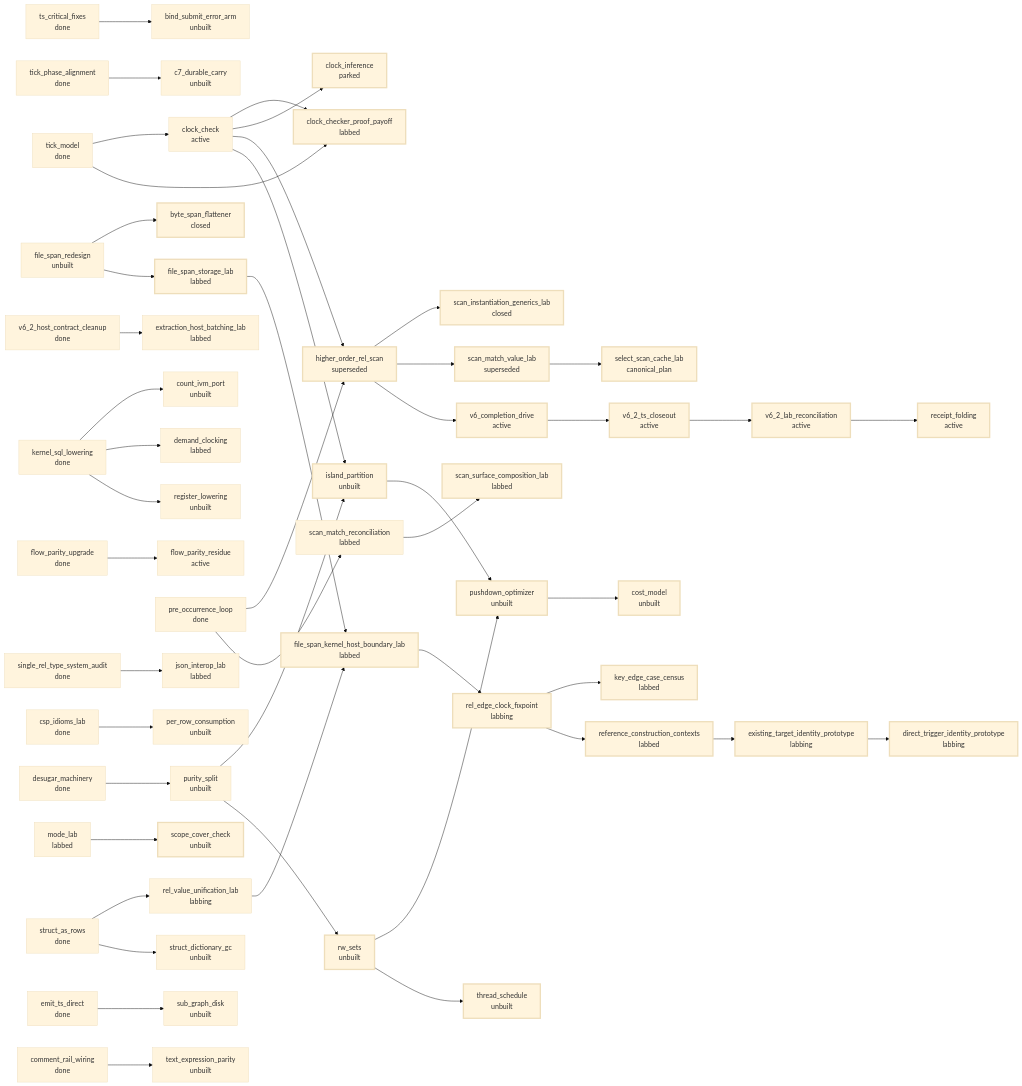
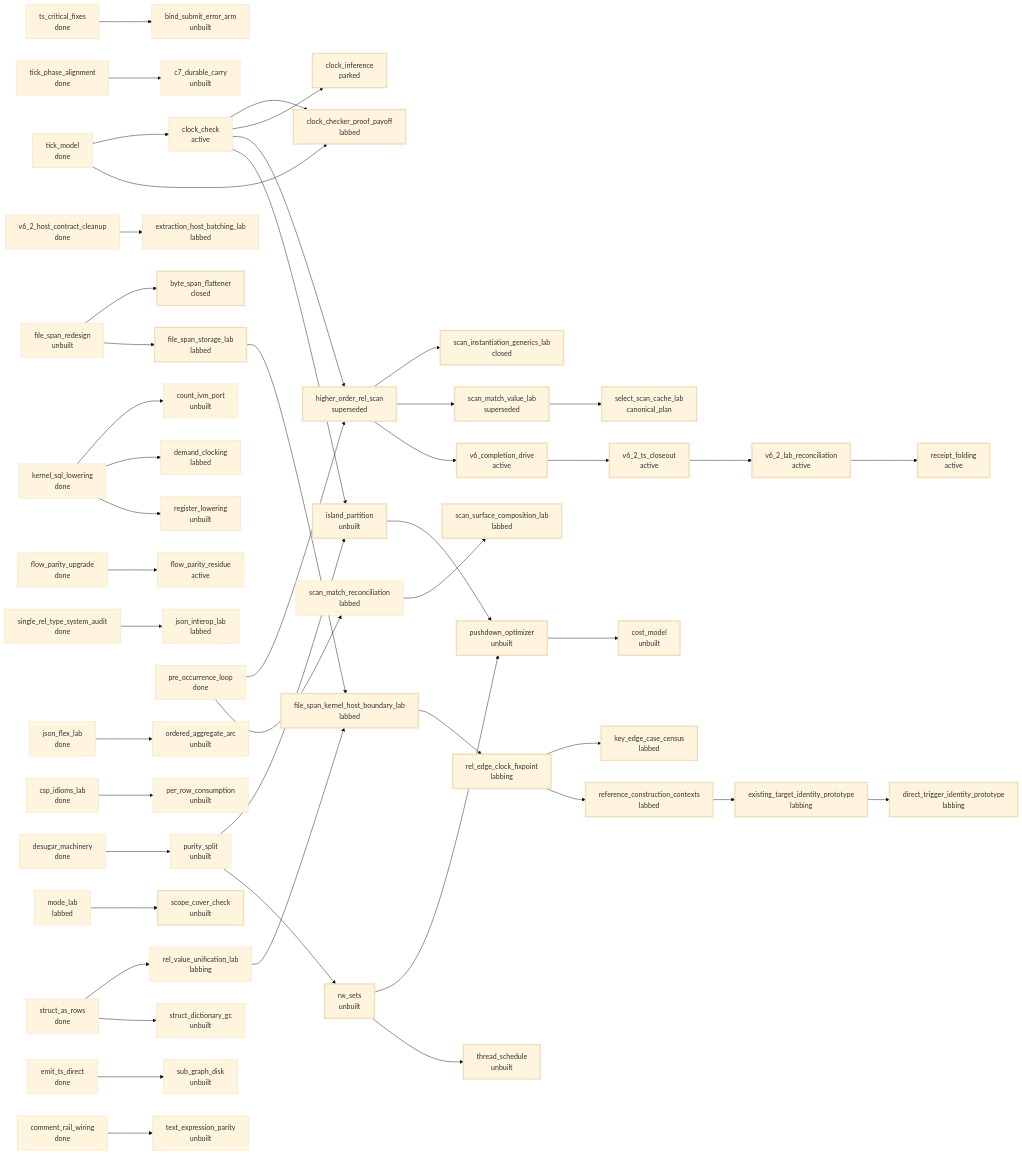
The third of 4 diagrams in v6/ARCH-MAP.md (hafley66/sprefa), drawn with Mermaid (base theme) before and after one commit. The commit also changed other lines of this file and 2 other files, not shown here.

Commit message:
ARCH: oracle-gate/extract-t2/self-map done rows, ordered-aggregate arc queued; map regenerated

```diff
--- a/v6/ARCH-MAP.md
+++ b/v6/ARCH-MAP.md
@@ -181,10 +182,12 @@
   t_flow_parity_upgrade["flow_parity_upgrade<br/>done"]
   t_higher_order_rel_scan["higher_order_rel_scan<br/>superseded"]
   t_island_partition["island_partition<br/>unbuilt"]
+  t_json_flex_lab["json_flex_lab<br/>done"]
   t_json_interop_lab["json_interop_lab<br/>labbed"]
   t_kernel_sql_lowering["kernel_sql_lowering<br/>done"]
   t_key_edge_case_census["key_edge_case_census<br/>labbed"]
   t_mode_lab["mode_lab<br/>labbed"]
+  t_ordered_aggregate_arc["ordered_aggregate_arc<br/>unbuilt"]
   t_per_row_consumption["per_row_consumption<br/>unbuilt"]
   t_pre_occurrence_loop["pre_occurrence_loop<br/>done"]
   t_purity_split["purity_split<br/>unbuilt"]
@@ -232,6 +235,7 @@
   t_higher_order_rel_scan --> t_scan_match_value_lab
   t_higher_order_rel_scan --> t_v6_completion_drive
   t_island_partition --> t_pushdown_optimizer
+  t_json_flex_lab --> t_ordered_aggregate_arc
   t_kernel_sql_lowering --> t_count_ivm_port
   t_kernel_sql_lowering --> t_demand_clocking
   t_kernel_sql_lowering --> t_register_lowering
```
